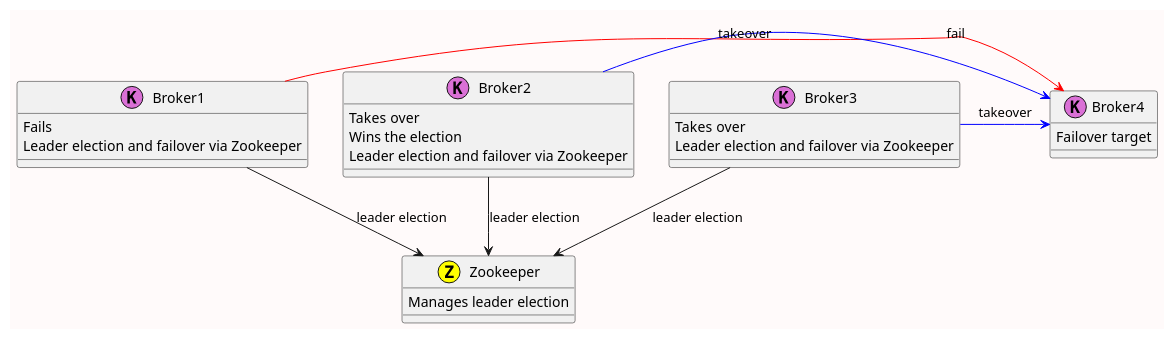
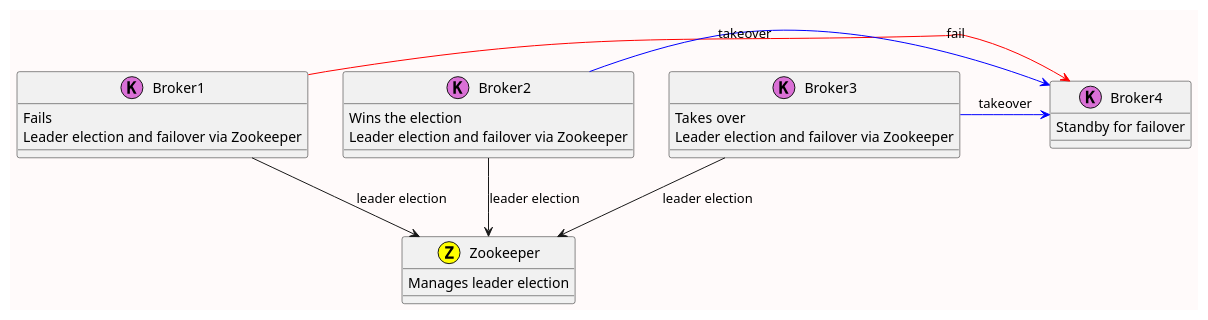
One commit to huangyingw/system_design changed the diagram in architecture_diagrams/kafka_fault_handling_and_recovery.puml. Above: the diagram before and after it, drawn with PlantUML.

```diff
--- a/architecture_diagrams/kafka_fault_handling_and_recovery.puml
+++ b/architecture_diagrams/kafka_fault_handling_and_recovery.puml
@@ -1,32 +1,31 @@
 @startuml
 skinparam backgroundColor #FFFAFA
 
 class Broker1 << (K,orchid) >> {
     Fails
     Leader election and failover via Zookeeper
 }
 class Broker2 << (K,orchid) >> {
-    Takes over
     Wins the election
     Leader election and failover via Zookeeper
 }
 class Broker3 << (K,orchid) >> {
     Takes over
     Leader election and failover via Zookeeper
 }
 class Broker4 << (K,orchid) >> {
-    Failover target
+    Standby for failover
 }
 class Zookeeper << (Z,yellow) >> {
     Manages leader election
 }
 
 Broker1 --> Zookeeper : leader election
 Broker2 --> Zookeeper : leader election
 Broker3 --> Zookeeper : leader election
 
 Broker1 -[#red]> Broker4 : fail
 Broker2 -[#blue]> Broker4 : takeover
 Broker3 -[#blue]> Broker4 : takeover
 
 @enduml
```
